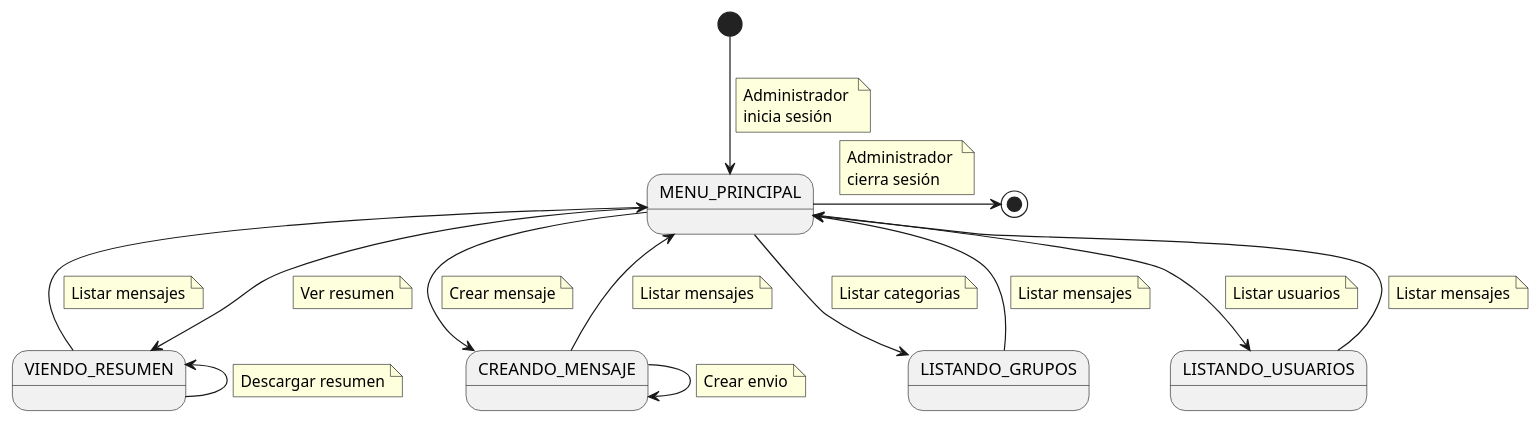
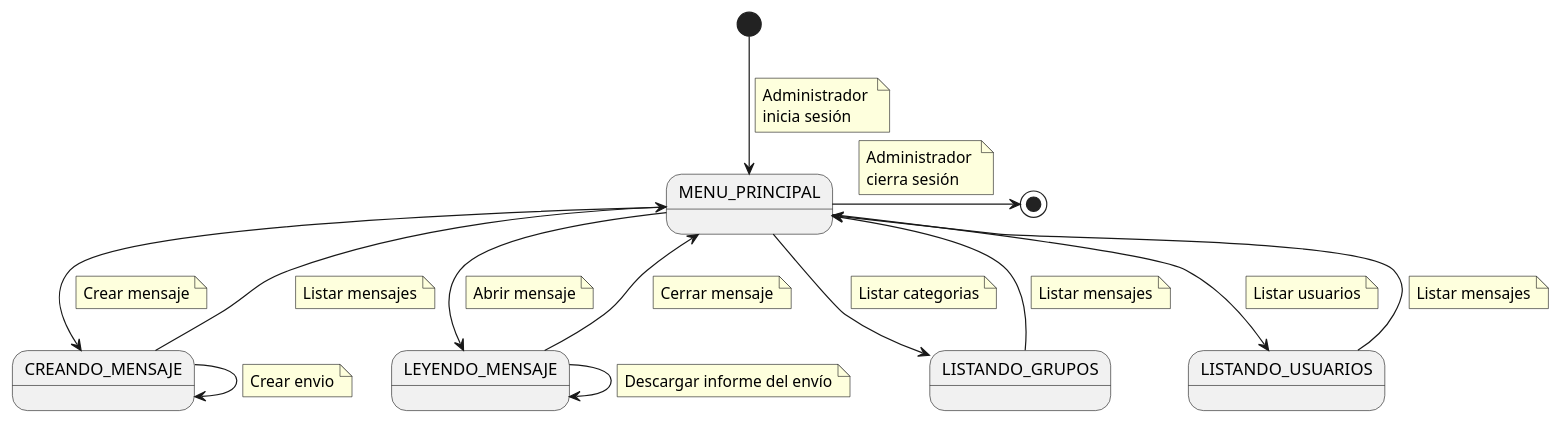
Before and after one commit to mmasias/24-25-IdSw1-SDR: the diagram in docs/casosDeUso/diagramaDeContexto/DiagramaDeContextoAdministrador/diagramaContextoAdministrador.puml, drawn with PlantUML.

Commit message:
Ajustando el diagrama de contexto del administrador para reflejar la descarga del informe del envio dentro de la visualización de los mensajes

```diff
--- a/docs/casosDeUso/diagramaDeContexto/DiagramaDeContextoAdministrador/diagramaContextoAdministrador.puml
+++ b/docs/casosDeUso/diagramaDeContexto/DiagramaDeContextoAdministrador/diagramaContextoAdministrador.puml
@@ -1,70 +1,70 @@
 @startuml
 state "MENU_PRINCIPAL" as MenuPrincipal
 state "CREANDO_MENSAJE" as CreandoMensaje
-state "VIENDO_RESUMEN" as ViendoResumen
+state "LEYENDO_MENSAJE" as LeyendoMensaje
 state "LISTANDO_GRUPOS" as Grupos
 state "LISTANDO_USUARIOS" as Usuarios
 
 [*] --> MenuPrincipal
     note on link
         Administrador 
         inicia sesión
     end note
 
 MenuPrincipal -> [*]
     note on link
         Administrador 
         cierra sesión
     end note
 
+MenuPrincipal --> LeyendoMensaje
+    note on link
+        Abrir mensaje
+    end note
+
+LeyendoMensaje --> MenuPrincipal
+    note on link
+        Cerrar mensaje
+    end note
+
 MenuPrincipal --> CreandoMensaje
     note on link
         Crear mensaje
     end note
 
 CreandoMensaje --> CreandoMensaje 
     note on link
         Crear envio
     end note
 
-MenuPrincipal--> ViendoResumen
+LeyendoMensaje --> LeyendoMensaje 
     note on link
-        Ver resumen
-    end note
-
-ViendoResumen -l-> MenuPrincipal
-    note on link
-        Listar mensajes
-    end note
-
-ViendoResumen -l-> ViendoResumen 
-    note on link
-        Descargar resumen
+        Descargar informe del envío
     end note
 
 CreandoMensaje --> MenuPrincipal
     note on link
         Listar mensajes
     end note
 
 MenuPrincipal --> Grupos
     note on link
         Listar categorias
     end note
 
 Grupos --> MenuPrincipal
     note on link
         Listar mensajes
     end note
 
 MenuPrincipal --> Usuarios
     note on link
         Listar usuarios
     end note
 
 Usuarios--> MenuPrincipal
     note on link
         Listar mensajes
     end note
 
 @enduml
```
